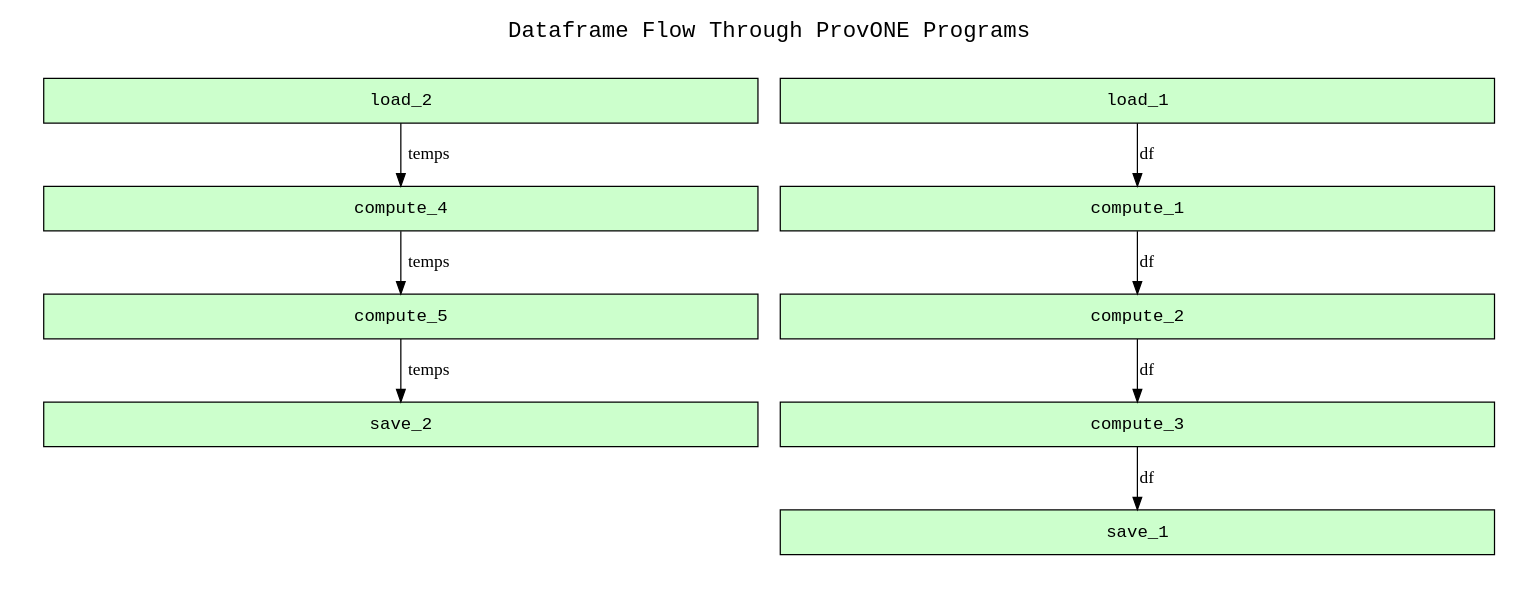
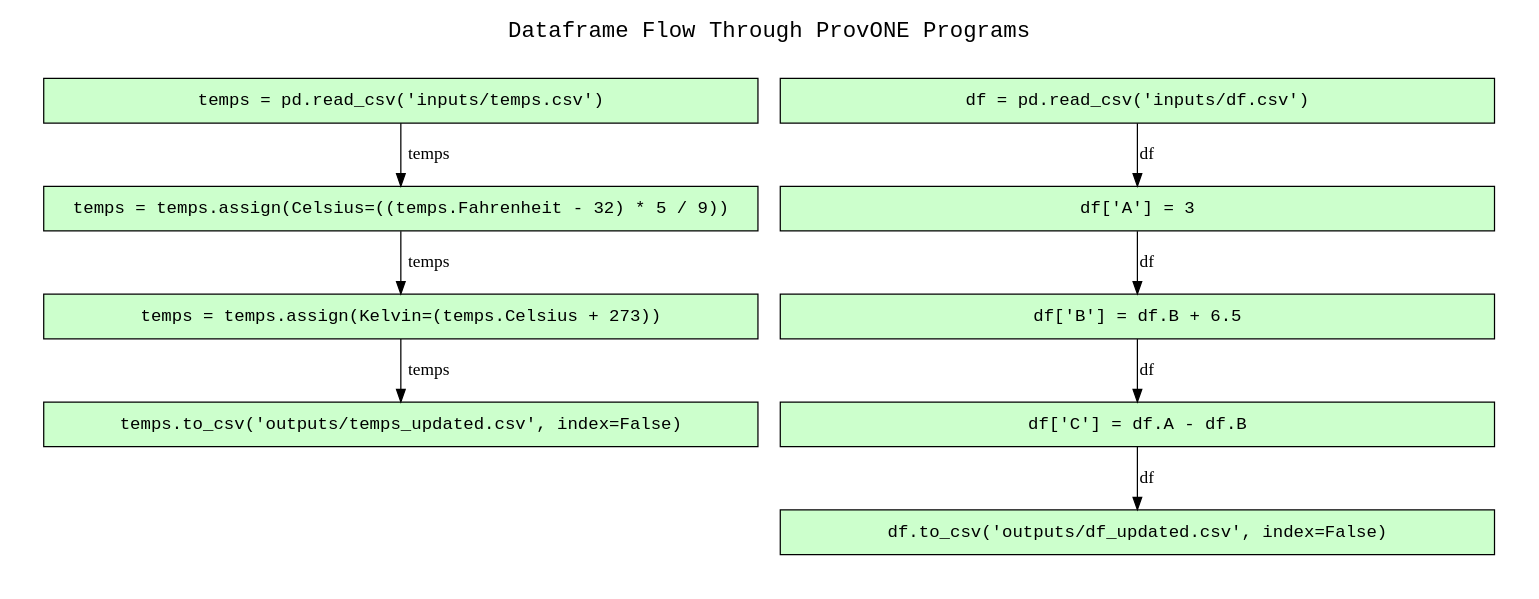
The diagram in examples/06-provone-construct/outputs/GRAPH-1.gv (CIRSS/sdtl-provone), drawn with Graphviz before and after one commit. The commit also changed 6 other files, not shown here.

```diff
--- a/examples/06-provone-construct/outputs/GRAPH-1.gv
+++ b/examples/06-provone-construct/outputs/GRAPH-1.gv
@@ -1,35 +1,35 @@
 
 digraph provone_workflow {
 rankdir=TB
 
 fontname=Courier; fontsize=18; labelloc=t
 label="Dataframe Flow Through ProvONE Programs"
 
 subgraph cluster_program_graph { label=""; color=white; penwidth=0
 subgraph cluster_program_graph_inner { label=""; color=white
 
 # program nodes
 node[shape=box style="filled" fillcolor="#CCFFCC" peripheries=1 fontname=Courier]
 node[width=8]
 
-"http://wholetale.org/program/1119/step/1" [label="load_1"]
-"http://wholetale.org/program/1119/step/2" [label="compute_1"]
-"http://wholetale.org/program/1119/step/3" [label="compute_2"]
-"http://wholetale.org/program/1119/step/4" [label="compute_3"]
-"http://wholetale.org/program/1119/step/5" [label="load_2"]
-"http://wholetale.org/program/1119/step/6" [label="compute_4"]
-"http://wholetale.org/program/1119/step/7" [label="compute_5"]
-"http://wholetale.org/program/1119/step/8" [label="save_1"]
-"http://wholetale.org/program/1119/step/9" [label="save_2"]
+"http://wholetale.org/program/1119/step/1" [label="df = pd.read_csv('inputs/df.csv')"]
+"http://wholetale.org/program/1119/step/2" [label="df['A'] = 3"]
+"http://wholetale.org/program/1119/step/3" [label="df['B'] = df.B + 6.5"]
+"http://wholetale.org/program/1119/step/4" [label="df['C'] = df.A - df.B"]
+"http://wholetale.org/program/1119/step/5" [label="temps = pd.read_csv('inputs/temps.csv')"]
+"http://wholetale.org/program/1119/step/6" [label="temps = temps.assign(Celsius=((temps.Fahrenheit - 32) * 5 / 9))"]
+"http://wholetale.org/program/1119/step/7" [label="temps = temps.assign(Kelvin=(temps.Celsius + 273))"]
+"http://wholetale.org/program/1119/step/8" [label="df.to_csv('outputs/df_updated.csv', index=False)"]
+"http://wholetale.org/program/1119/step/9" [label="temps.to_csv('outputs/temps_updated.csv', index=False)"]
 
 # dataframe channels
 "http://wholetale.org/program/1119/step/1" -> "http://wholetale.org/program/1119/step/2" [label="df"]
 "http://wholetale.org/program/1119/step/2" -> "http://wholetale.org/program/1119/step/3" [label="df"]
 "http://wholetale.org/program/1119/step/3" -> "http://wholetale.org/program/1119/step/4" [label="df"]
 "http://wholetale.org/program/1119/step/5" -> "http://wholetale.org/program/1119/step/6" [label="temps"]
 "http://wholetale.org/program/1119/step/6" -> "http://wholetale.org/program/1119/step/7" [label="temps"]
 "http://wholetale.org/program/1119/step/4" -> "http://wholetale.org/program/1119/step/8" [label="df"]
 "http://wholetale.org/program/1119/step/7" -> "http://wholetale.org/program/1119/step/9" [label="temps"]
 }}
 
 }
```
